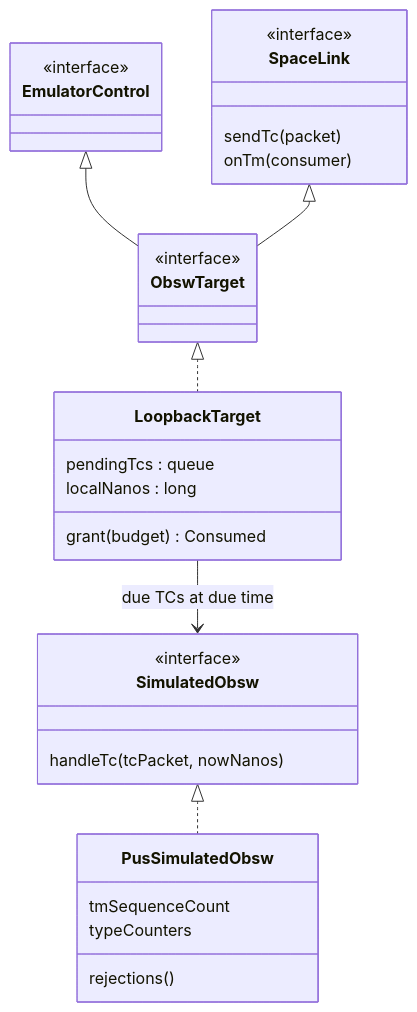
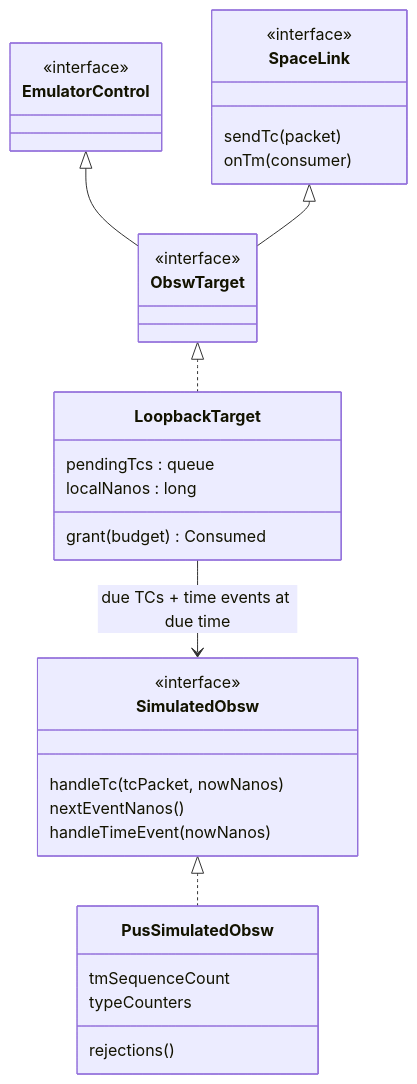
Before and after one commit to cmoellmann/satsim: the fourth of 5 diagrams in docs/sdd.md, drawn with Mermaid. The commit also changed other lines of this file and 3 other files, not shown here.

First line of the commit message:
feat(simulator): time-driven OBSW events — SimulatedObsw nextEventNanos/handleTimeEvent, LoopbackTarget event stop points [SIM-REQ-HK-002]

````diff
--- a/docs/sdd.md
+++ b/docs/sdd.md
@@ -274,33 +274,35 @@
 ```mermaid
 classDiagram
   class SpaceLink {
     <<interface>>
     sendTc(packet)
     onTm(consumer)
   }
   class EmulatorControl {
     <<interface>>
   }
   class ObswTarget {
     <<interface>>
   }
   class SimulatedObsw {
     <<interface>>
     handleTc(tcPacket, nowNanos)
+    nextEventNanos()
+    handleTimeEvent(nowNanos)
   }
   class LoopbackTarget {
     pendingTcs : queue
     localNanos : long
     grant(budget) Consumed
   }
   class PusSimulatedObsw {
     tmSequenceCount
     typeCounters
     rejections()
   }
   EmulatorControl <|-- ObswTarget
   SpaceLink <|-- ObswTarget
   ObswTarget <|.. LoopbackTarget
   SimulatedObsw <|.. PusSimulatedObsw
-  LoopbackTarget --> SimulatedObsw : due TCs at due time
+  LoopbackTarget --> SimulatedObsw : due TCs + time events at due time
 ```
````
